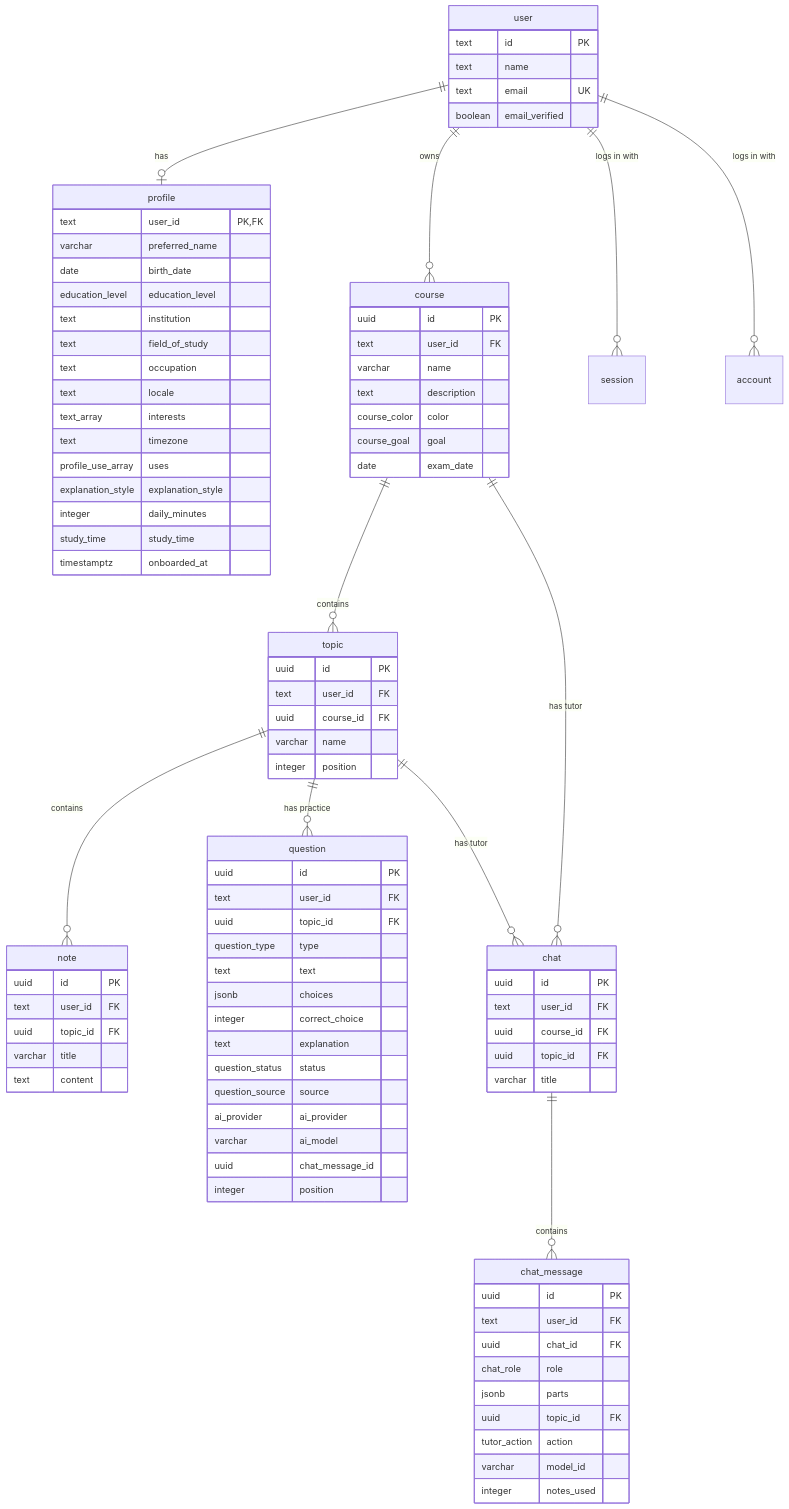
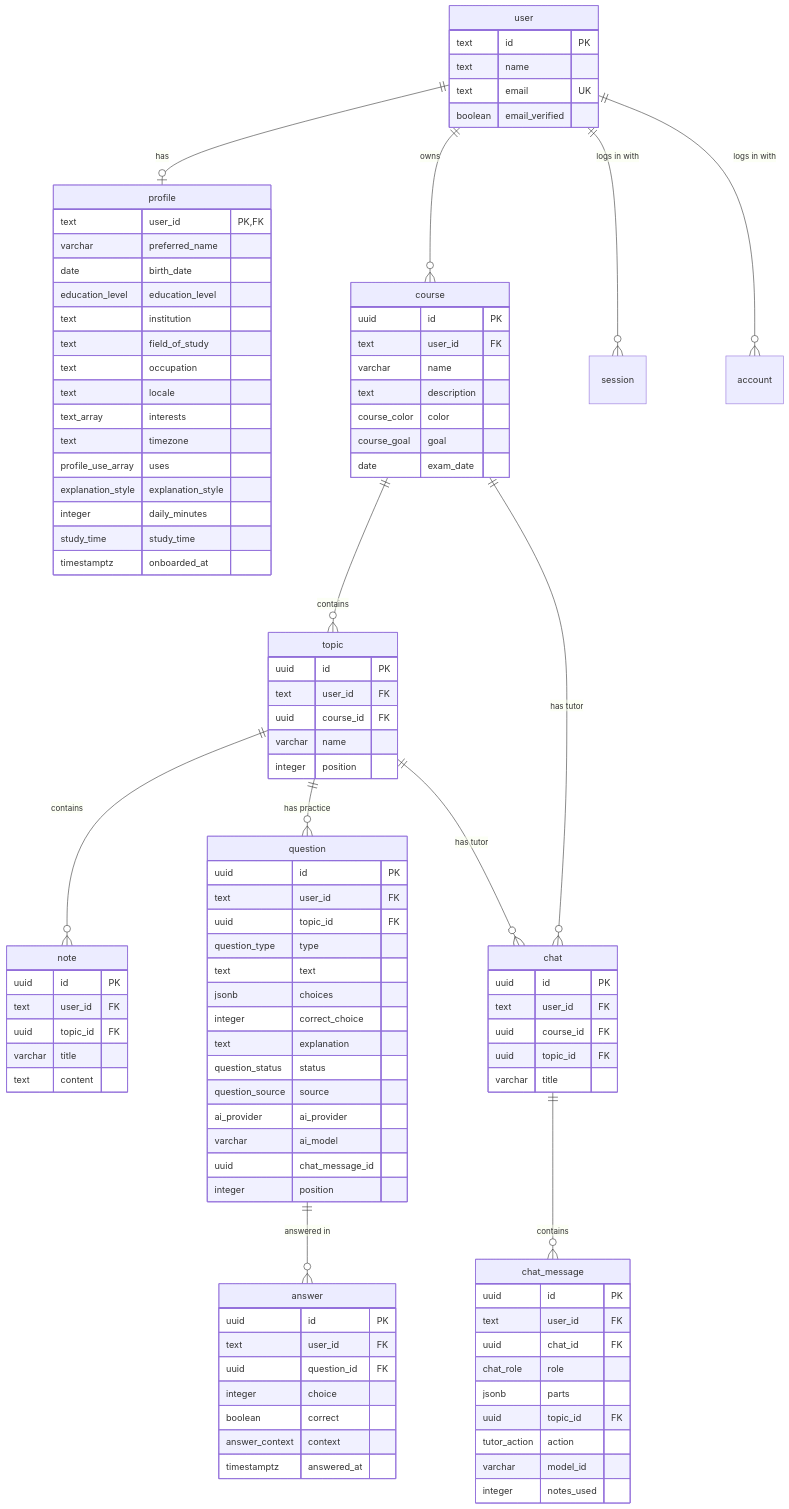
Before and after one commit to fyernald/orbi: the diagram in docs/database.md, drawn with Mermaid. The commit also changed other lines of this file, not shown here.

Commit message:
docs: add the answer table to the database page

````diff
--- a/docs/database.md
+++ b/docs/database.md
@@ -11,6 +11,7 @@
     course ||--o{ topic : contains
     topic ||--o{ note : contains
     topic ||--o{ question : "has practice"
+    question ||--o{ answer : "answered in"
     course ||--o{ chat : "has tutor"
     topic ||--o{ chat : "has tutor"
     chat ||--o{ chat_message : contains
@@ -97,4 +98,13 @@
         uuid chat_message_id
         integer position
     }
+    answer {
+        uuid id PK
+        text user_id FK
+        uuid question_id FK
+        integer choice
+        boolean correct
+        answer_context context
+        timestamptz answered_at
+    }
 ```
````
